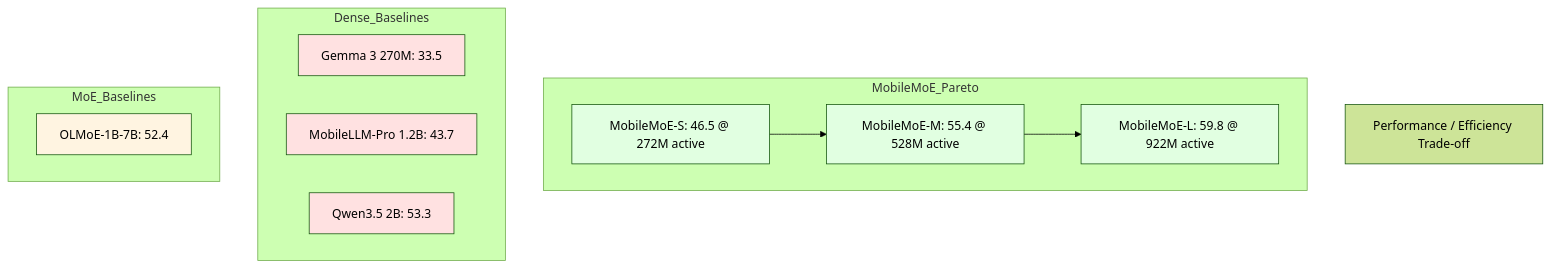
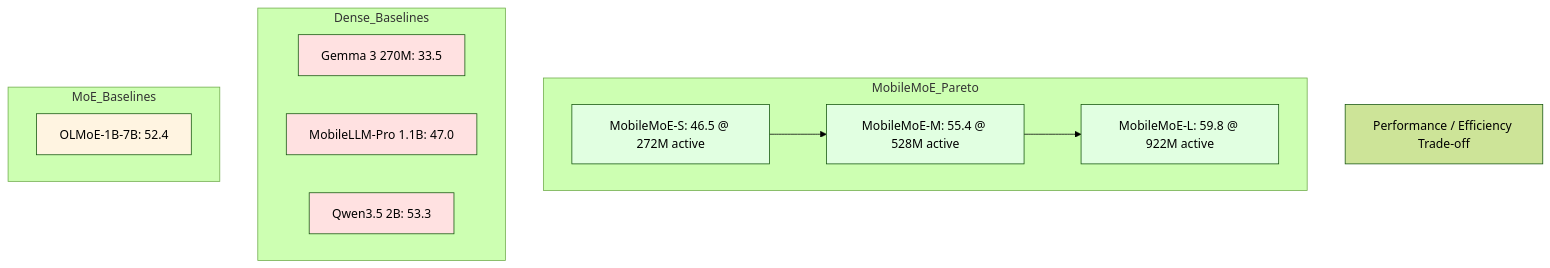
Before and after one commit to meraks/ArxivPaperReader: the fourth of 5 diagrams in Papers/2026/05/2026-05-29-mobilemoe.md, drawn with Mermaid (forest theme). The commit also changed other lines of this file and 157 other files, not shown here.

````diff
--- a/Papers/2026/05/2026-05-29-mobilemoe.md
+++ b/Papers/2026/05/2026-05-29-mobilemoe.md
@@ -424,30 +424,30 @@
 ```mermaid
 graph TD
     A[Performance / Efficiency Trade-off]
 
     subgraph MobileMoE_Pareto
         B[MobileMoE-S: 46.5 @ 272M active]
         C[MobileMoE-M: 55.4 @ 528M active]
         D[MobileMoE-L: 59.8 @ 922M active]
     end
 
     subgraph Dense_Baselines
         E[Gemma 3 270M: 33.5]
-        F[MobileLLM-Pro 1.2B: 43.7]
+        F[MobileLLM-Pro 1.1B: 47.0]
         G[Qwen3.5 2B: 53.3]
     end
 
     subgraph MoE_Baselines
         H[OLMoE-1B-7B: 52.4]
     end
 
     B --> C --> D
 
     style B fill:#e1ffe1
     style C fill:#e1ffe1
     style D fill:#e1ffe1
     style E fill:#ffe1e1
     style F fill:#ffe1e1
     style G fill:#ffe1e1
     style H fill:#fff4e1
 ```
````
